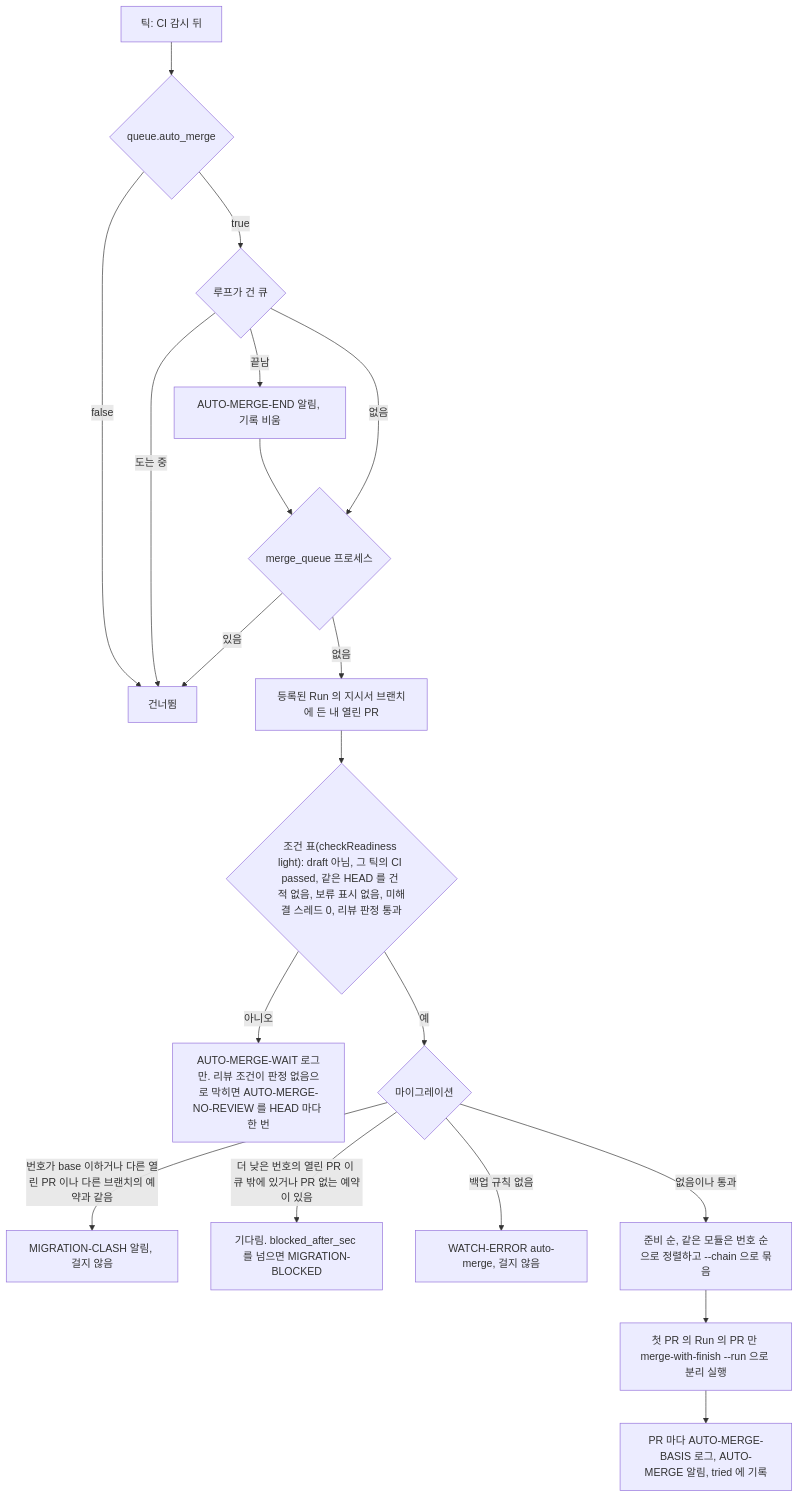
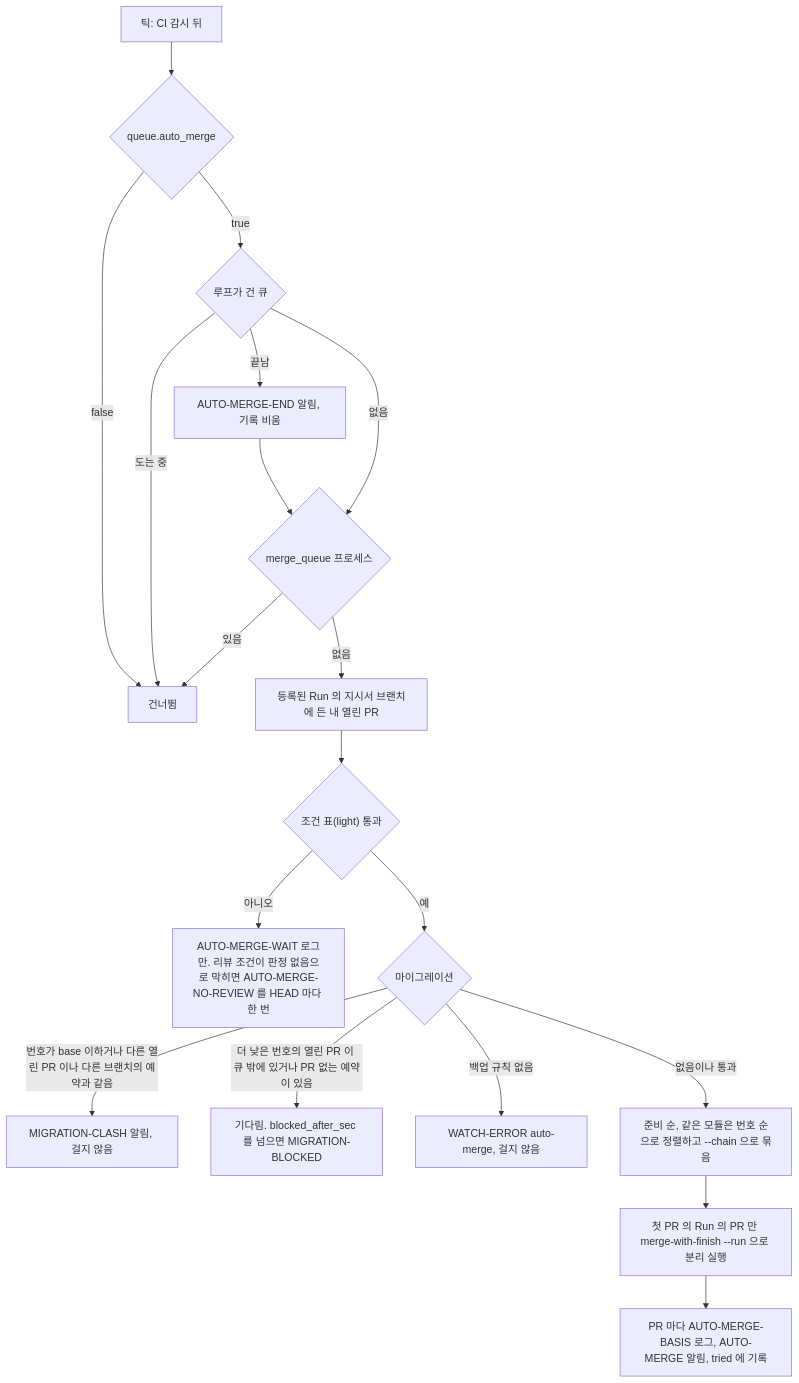
One commit to jon890/fos-skills changed the seventh of 8 diagrams in docs/flow.md. Above: the diagram before and after it, drawn with Mermaid. The commit also changed other lines of this file and 11 other files, not shown here.

````diff
--- a/docs/flow.md
+++ b/docs/flow.md
@@ -412,21 +414,21 @@
 ```mermaid
 flowchart TD
     T[틱: CI 감시 뒤] --> E{queue.auto_merge}
     E -->|false| X[건너뜀]
     E -->|true| Q{루프가 건 큐}
     Q -->|끝남| END[AUTO-MERGE-END 알림, 기록 비움]
     Q -->|도는 중| X
     END --> P
     Q -->|없음| P{merge_queue 프로세스}
     P -->|있음| X
     P -->|없음| C[등록된 Run 의 지시서 브랜치에 든 내 열린 PR]
-    C --> R{"조건 표(checkReadiness light): draft 아님, 그 틱의 CI passed, 같은 HEAD 를 건 적 없음, 보류 표시 없음, 미해결 스레드 0, 리뷰 판정 통과"}
+    C --> R{"조건 표(light) 통과"}
     R -->|아니오| W[AUTO-MERGE-WAIT 로그만. 리뷰 조건이 판정 없음으로 막히면 AUTO-MERGE-NO-REVIEW 를 HEAD 마다 한 번]
     R -->|예| M{마이그레이션}
     M -->|번호가 base 이하거나 다른 열린 PR 이나 다른 브랜치의 예약과 같음| CL[MIGRATION-CLASH 알림, 걸지 않음]
     M -->|더 낮은 번호의 열린 PR 이 큐 밖에 있거나 PR 없는 예약이 있음| B[기다림. blocked_after_sec 를 넘으면 MIGRATION-BLOCKED]
     M -->|백업 규칙 없음| WE[WATCH-ERROR auto-merge, 걸지 않음]
     M -->|없음이나 통과| O[준비 순, 같은 모듈은 번호 순으로 정렬하고 --chain 으로 묶음]
     O --> L[첫 PR 의 Run 의 PR 만 merge-with-finish --run 으로 분리 실행]
     L --> A[PR 마다 AUTO-MERGE-BASIS 로그, AUTO-MERGE 알림, tried 에 기록]
 ```
````
